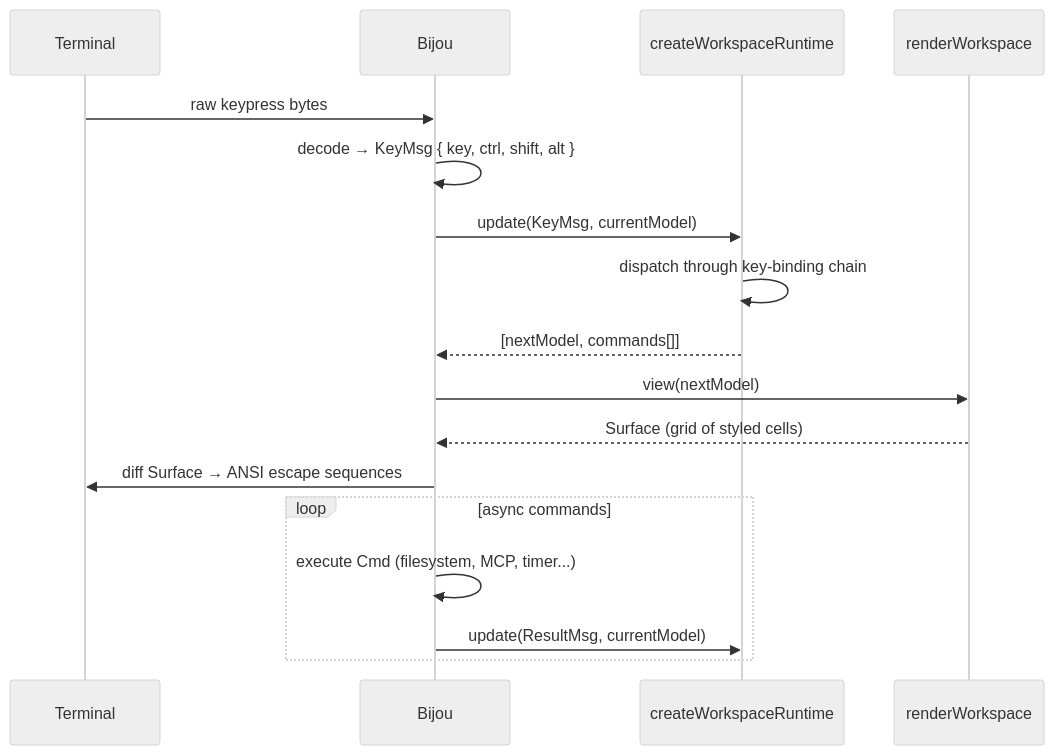
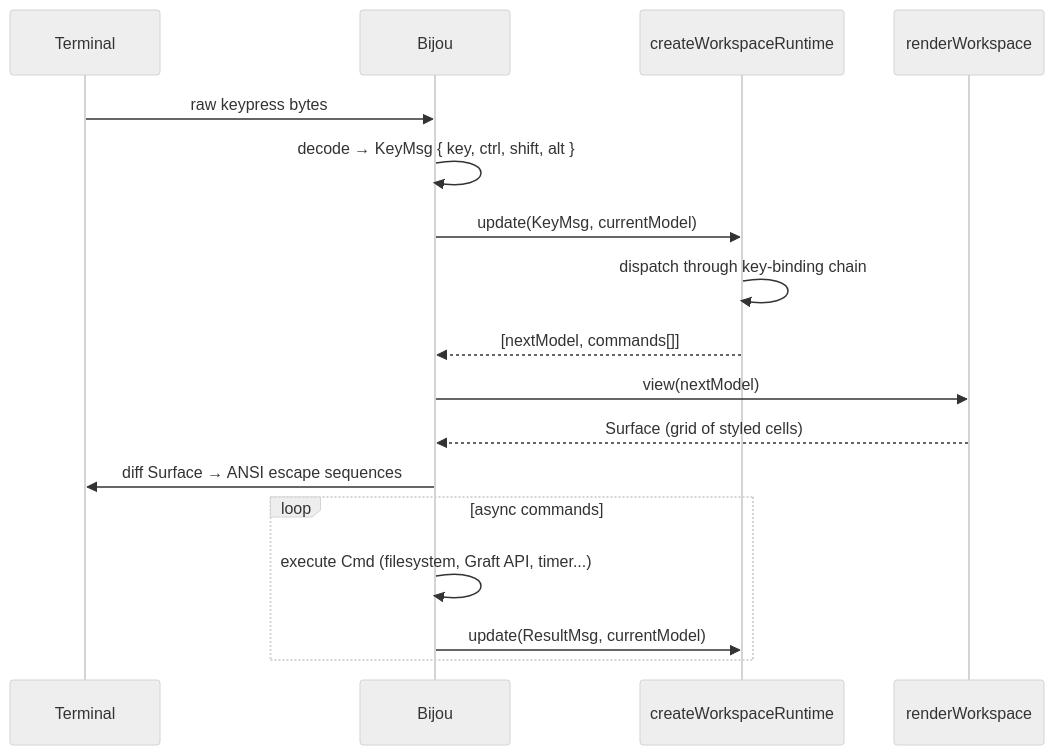
The fifth of 21 diagrams in docs/technical-teardown.md (flyingrobots/jedit), drawn with Mermaid (neutral theme) before and after one commit. The commit also changed other lines of this file and 51 other files, not shown here.

````diff
--- a/docs/technical-teardown.md
+++ b/docs/technical-teardown.md
@@ -346,20 +346,20 @@
 ```mermaid
 sequenceDiagram
     participant Terminal
     participant Bijou
     participant Runtime as createWorkspaceRuntime
     participant View as renderWorkspace
 
     Terminal->>Bijou: raw keypress bytes
     Bijou->>Bijou: decode → KeyMsg { key, ctrl, shift, alt }
     Bijou->>Runtime: update(KeyMsg, currentModel)
     Runtime->>Runtime: dispatch through key-binding chain
     Runtime-->>Bijou: [nextModel, commands[]]
     Bijou->>View: view(nextModel)
     View-->>Bijou: Surface (grid of styled cells)
     Bijou->>Terminal: diff Surface → ANSI escape sequences
     loop async commands
-        Bijou->>Bijou: execute Cmd (filesystem, MCP, timer...)
+        Bijou->>Bijou: execute Cmd (filesystem, Graft API, timer...)
         Bijou->>Runtime: update(ResultMsg, currentModel)
     end
 ```
````
